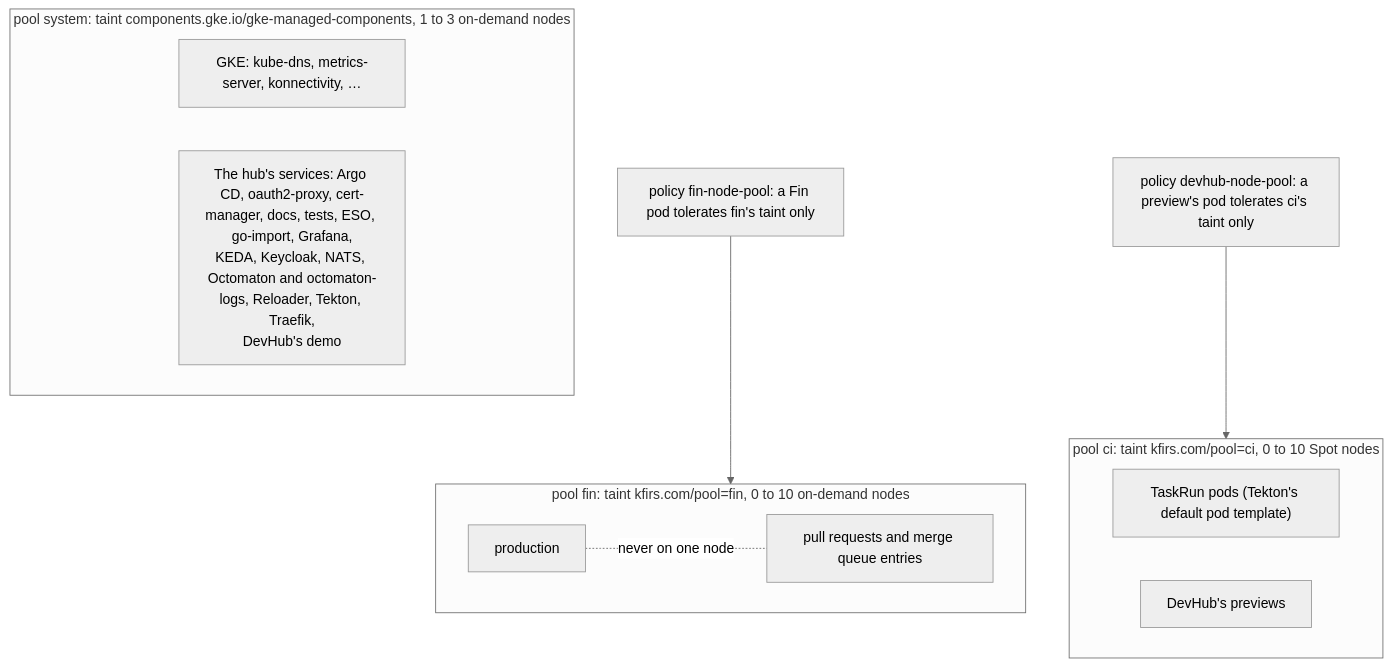
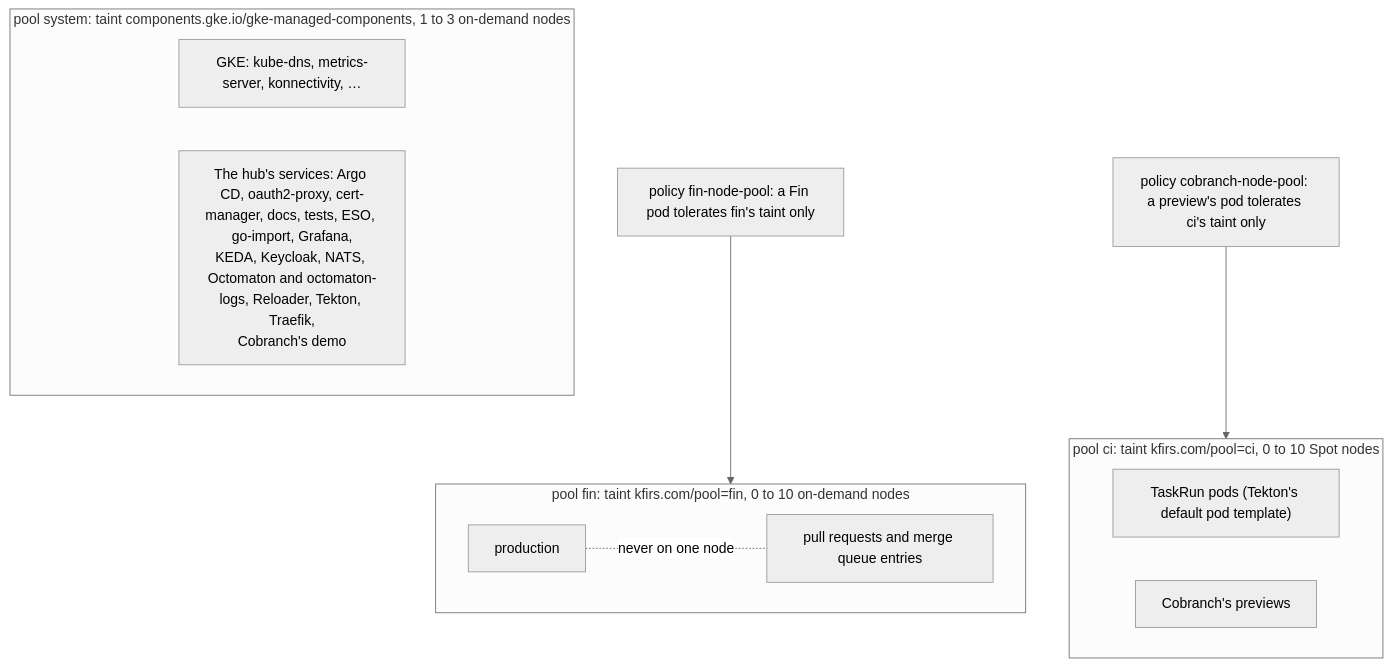
One commit to arikkfir-org/delivery changed the diagram in docs/delivery/designs/node-pools.md. Above: the diagram before and after it, drawn with Mermaid (neutral theme). The commit also changed other lines of this file and 48 other files, not shown here.

First line of the commit message:
feat(cobranch): move DevHub's demo and previews to Cobranch

````diff
--- a/docs/delivery/designs/node-pools.md
+++ b/docs/delivery/designs/node-pools.md
@@ -19,18 +19,18 @@
 ```mermaid
 flowchart TB
   subgraph system["pool system: taint components.gke.io/gke-managed-components, 1 to 3 on-demand nodes"]
     GKE["GKE: kube-dns, metrics-server, konnectivity, …"]
-    Hub["The hub's services: Argo CD, oauth2-proxy, cert-manager, docs, tests, ESO, go-import, Grafana,<br/>KEDA, Keycloak, NATS, Octomaton and octomaton-logs, Reloader, Tekton, Traefik,<br/>DevHub's demo"]
+    Hub["The hub's services: Argo CD, oauth2-proxy, cert-manager, docs, tests, ESO, go-import, Grafana,<br/>KEDA, Keycloak, NATS, Octomaton and octomaton-logs, Reloader, Tekton, Traefik,<br/>Cobranch's demo"]
   end
   subgraph ci["pool ci: taint kfirs.com/pool=ci, 0 to 10 Spot nodes"]
     Runs["TaskRun pods (Tekton's default pod template)"]
-    Previews["DevHub's previews"]
+    Previews["Cobranch's previews"]
   end
   subgraph fin["pool fin: taint kfirs.com/pool=fin, 0 to 10 on-demand nodes"]
     Prod["production"]
     PRs["pull requests and merge queue entries"]
   end
   Prod -. "never on one node" .- PRs
   Policy["policy fin-node-pool: a Fin pod tolerates fin's taint only"] --> fin
-  PolicyDH["policy devhub-node-pool: a preview's pod tolerates ci's taint only"] --> ci
+  PolicyDH["policy cobranch-node-pool: a preview's pod tolerates ci's taint only"] --> ci
 ```
````
